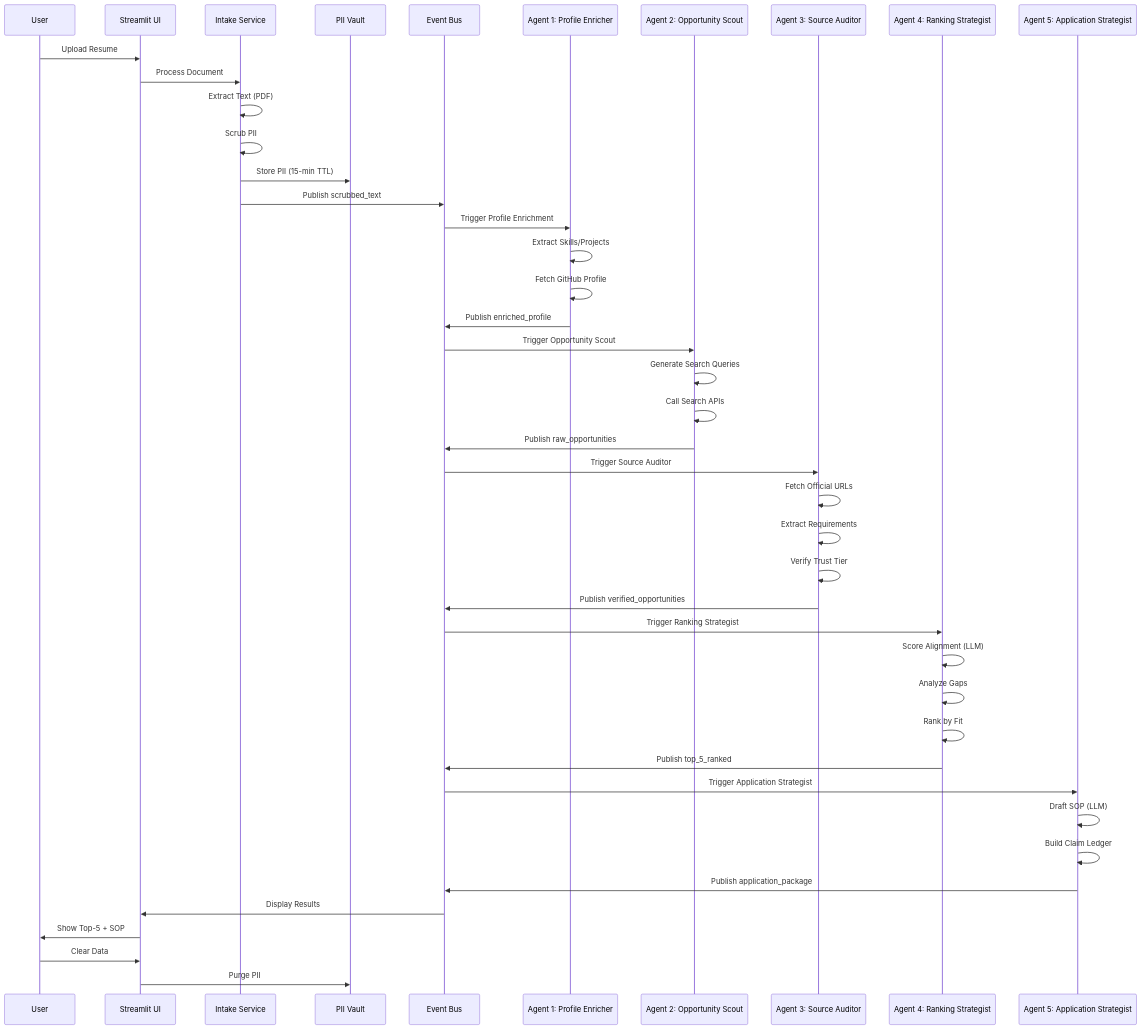
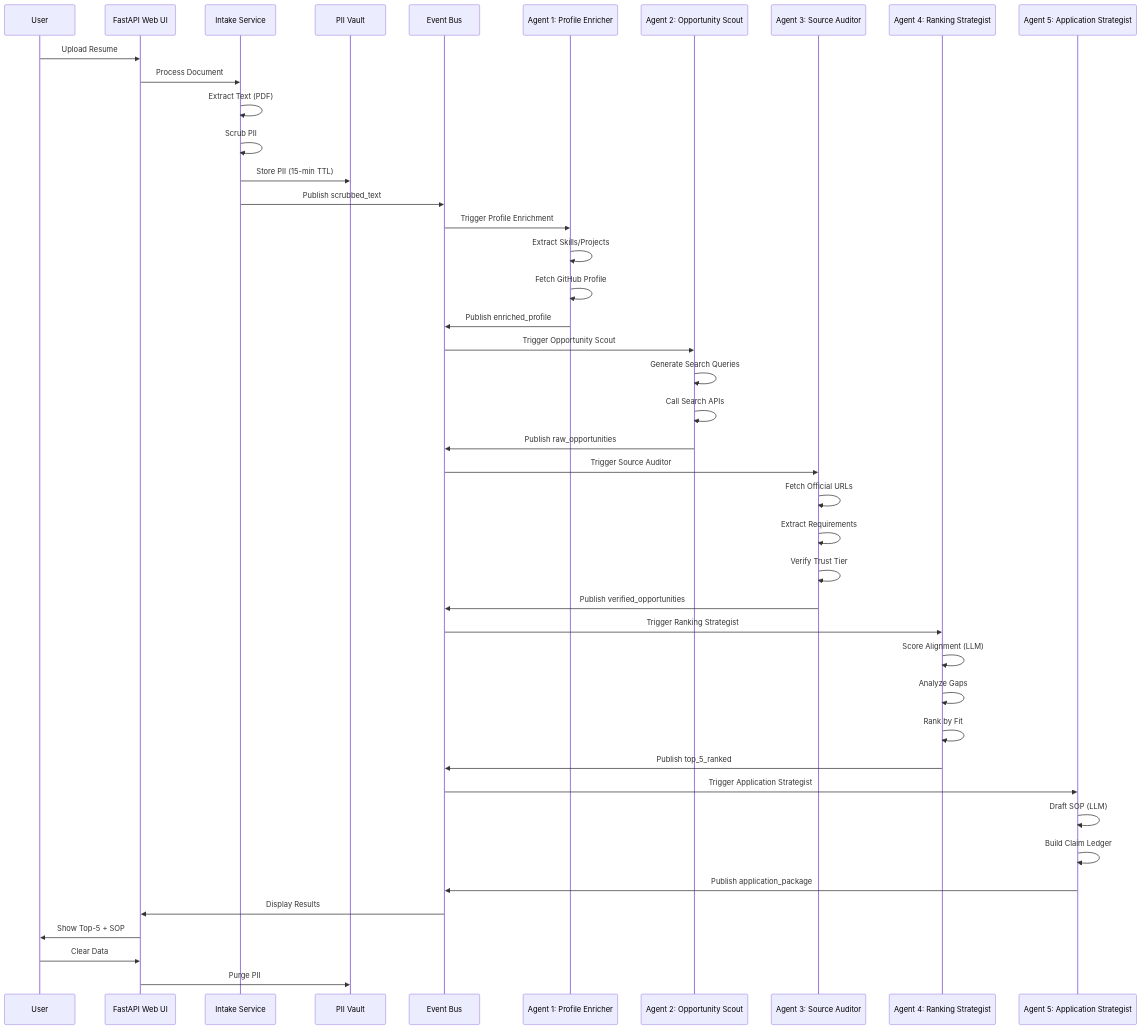
The fifth of 7 diagrams in ARCHITECTURE.md (Emperor-4037/ScholarLift), drawn with Mermaid before and after one commit. The commit also changed other lines of this file and 8 other files, not shown here.

First line of the commit message:
Update architecture diagrams and remove unnecessary documentation files

````diff
--- a/ARCHITECTURE.md
+++ b/ARCHITECTURE.md
@@ -275,52 +275,52 @@
 ```mermaid
 sequenceDiagram
     participant User
-    participant UI as Streamlit UI
+    participant UI as FastAPI Web UI
     participant Intake as Intake Service
     participant Vault as PII Vault
     participant Bus as Event Bus
     participant A1 as Agent 1: Profile Enricher
     participant A2 as Agent 2: Opportunity Scout
     participant A3 as Agent 3: Source Auditor
     participant A4 as Agent 4: Ranking Strategist
     participant A5 as Agent 5: Application Strategist
 
     User->>UI: Upload Resume
     UI->>Intake: Process Document
     Intake->>Intake: Extract Text (PDF)
     Intake->>Intake: Scrub PII
     Intake->>Vault: Store PII (15-min TTL)
     Intake->>Bus: Publish scrubbed_text
     Bus->>A1: Trigger Profile Enrichment
 
     A1->>A1: Extract Skills/Projects
     A1->>A1: Fetch GitHub Profile
     A1->>Bus: Publish enriched_profile
     Bus->>A2: Trigger Opportunity Scout
 
     A2->>A2: Generate Search Queries
     A2->>A2: Call Search APIs
     A2->>Bus: Publish raw_opportunities
     Bus->>A3: Trigger Source Auditor
 
     A3->>A3: Fetch Official URLs
     A3->>A3: Extract Requirements
     A3->>A3: Verify Trust Tier
     A3->>Bus: Publish verified_opportunities
     Bus->>A4: Trigger Ranking Strategist
 
     A4->>A4: Score Alignment (LLM)
     A4->>A4: Analyze Gaps
     A4->>A4: Rank by Fit
     A4->>Bus: Publish top_5_ranked
     Bus->>A5: Trigger Application Strategist
 
     A5->>A5: Draft SOP (LLM)
     A5->>A5: Build Claim Ledger
     A5->>Bus: Publish application_package
     Bus->>UI: Display Results
 
     UI->>User: Show Top-5 + SOP
     User->>UI: Clear Data
     UI->>Vault: Purge PII
 ```
````
